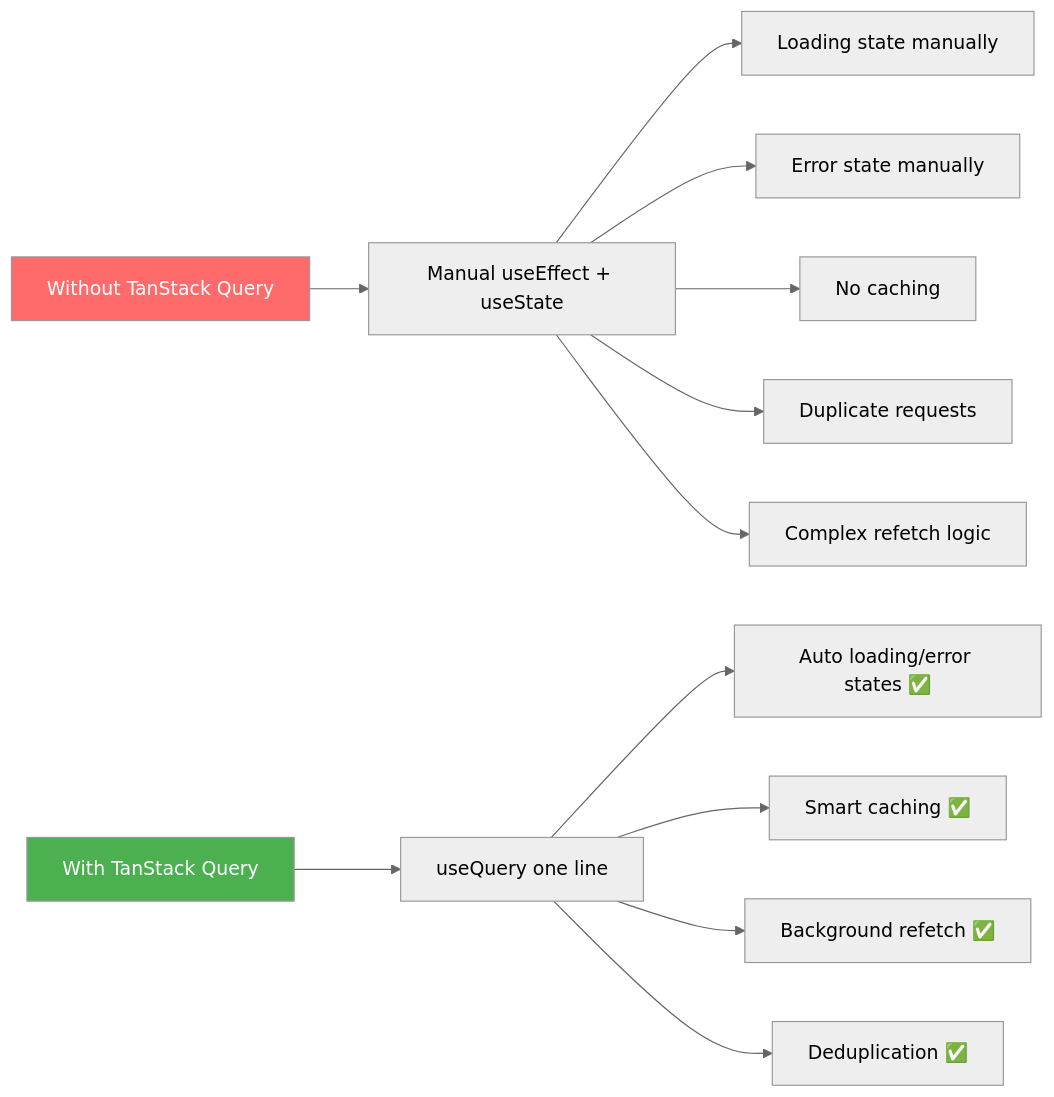
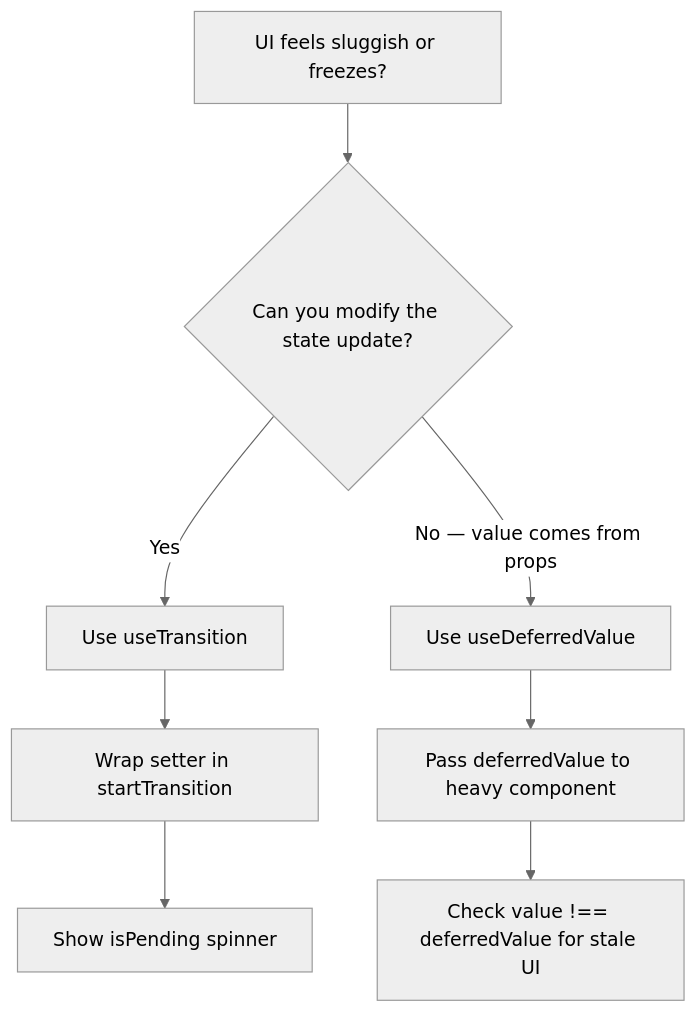
One commit to Maksof-waqarahmed/Web-Development-2-ReactJs changed the second of 2 diagrams in React/week_11/class_1/README.md. Above: the diagram before and after it, drawn with Mermaid (neutral theme). The commit also changed other lines of this file and 25 other files, not shown here.

````diff
--- a/React/week_11/class_1/README.md
+++ b/React/week_11/class_1/README.md
@@ -32,18 +378,10 @@
 ```mermaid
-graph LR
-    A[Without TanStack Query] --> B[Manual useEffect + useState]
-    B --> C[Loading state manually]
-    B --> D[Error state manually]
-    B --> E[No caching]
-    B --> F[Duplicate requests]
-    B --> G[Complex refetch logic]
-
-    H[With TanStack Query] --> I[useQuery one line]
-    I --> J[Auto loading/error states ✅]
-    I --> K[Smart caching ✅]
-    I --> L[Background refetch ✅]
-    I --> M[Deduplication ✅]
-
-    style A fill:#ff6b6b,color:#fff
-    style H fill:#4caf50,color:#fff
+flowchart TD
+    A[UI feels sluggish or freezes?] --> B{Can you modify the state update?}
+    B -->|Yes| C[Use useTransition]
+    B -->|No — value comes from props| D[Use useDeferredValue]
+    C --> E[Wrap setter in startTransition]
+    D --> F[Pass deferredValue to heavy component]
+    E --> G[Show isPending spinner]
+    F --> H[Check value !== deferredValue for stale UI]
 ```
````
